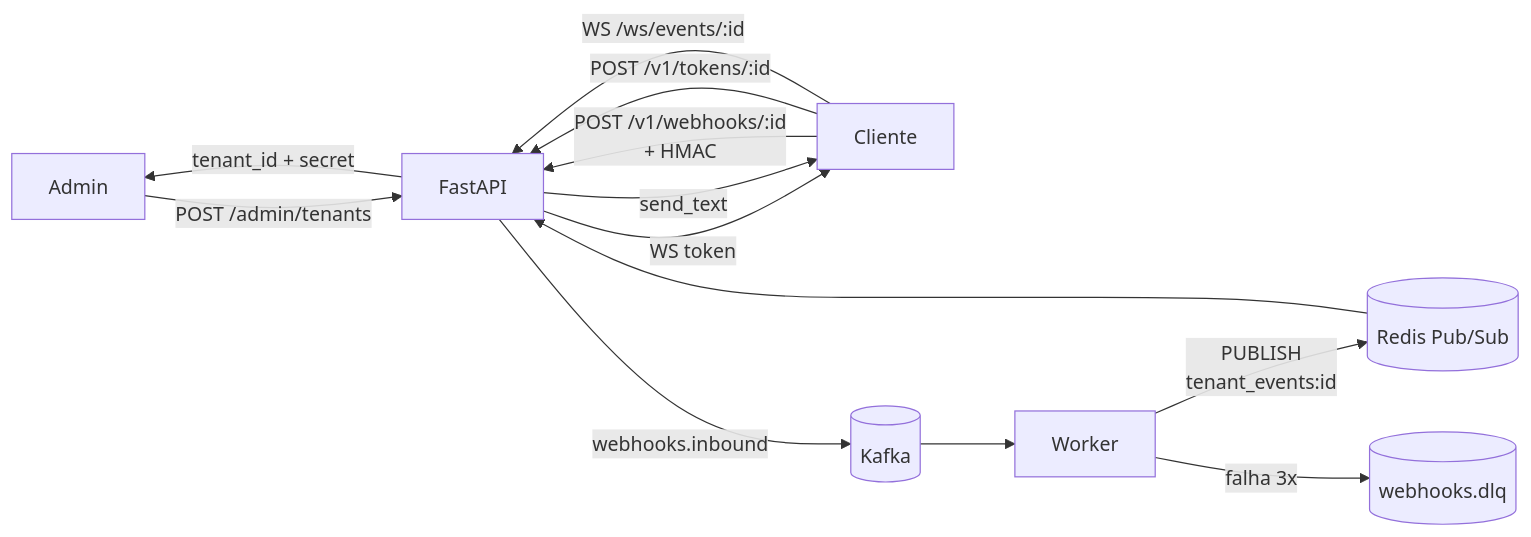
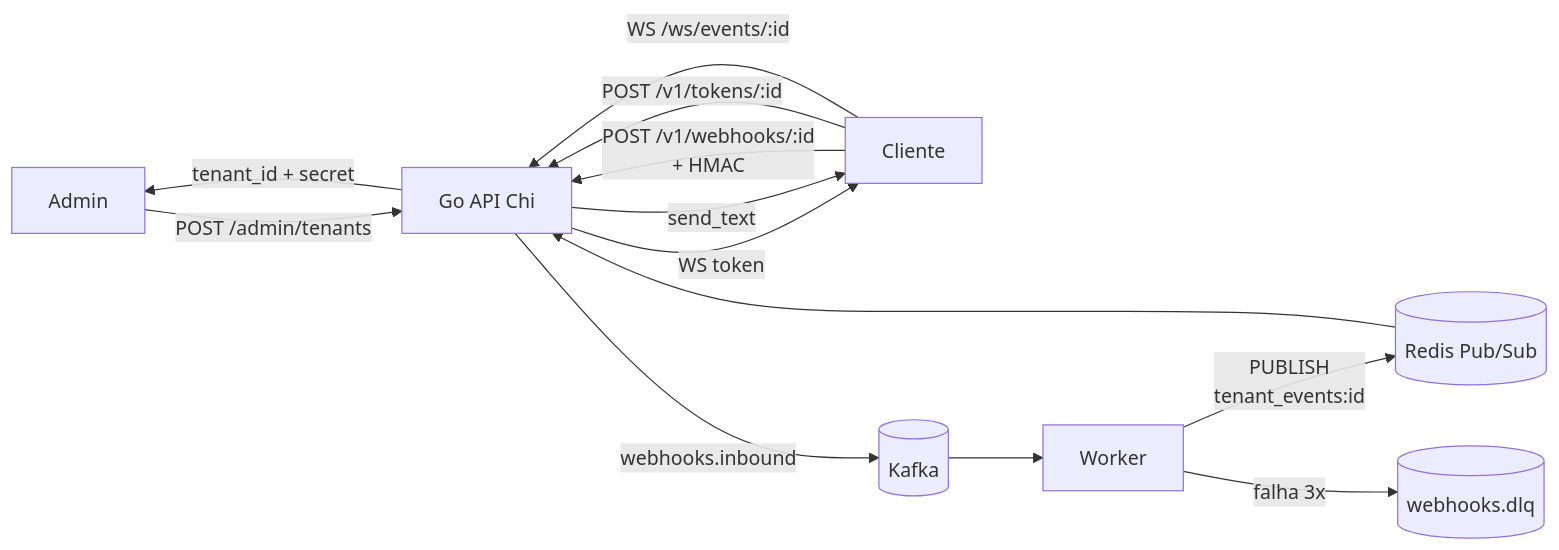
The diagram in docs/i18n/pt-BR/docusaurus-plugin-content-docs/current/intro.md (gbiumdonadon/easyhooks), drawn with Mermaid before and after one commit. The commit also changed other lines of this file and 109 other files, not shown here.

````diff
--- a/docs/i18n/pt-BR/docusaurus-plugin-content-docs/current/intro.md
+++ b/docs/i18n/pt-BR/docusaurus-plugin-content-docs/current/intro.md
@@ -15,15 +15,15 @@
 ```mermaid
 flowchart LR
-    Admin[Admin] -->|"POST /admin/tenants"| API[FastAPI]
+    Admin[Admin] -->|"POST /admin/tenants"| API[Go API Chi]
     API -->|"tenant_id + secret"| Admin
     Cliente[Cliente] -->|"POST /v1/webhooks/:id<br/>+ HMAC"| API
     API -->|"webhooks.inbound"| Kafka[(Kafka)]
     Kafka --> Worker[Worker]
     Worker -->|"PUBLISH<br/>tenant_events:id"| Redis[(Redis Pub/Sub)]
     Worker -->|"falha 3x"| DLQ[(webhooks.dlq)]
     Cliente -->|"POST /v1/tokens/:id"| API
     API -->|"WS token"| Cliente
     Cliente -->|"WS /ws/events/:id"| API
     Redis --> API
     API -->|"send_text"| Cliente
 ```
````
